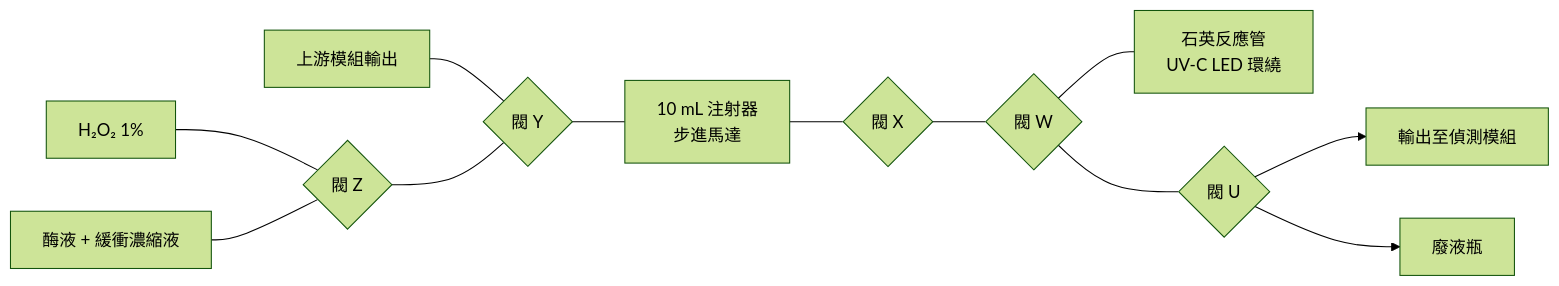
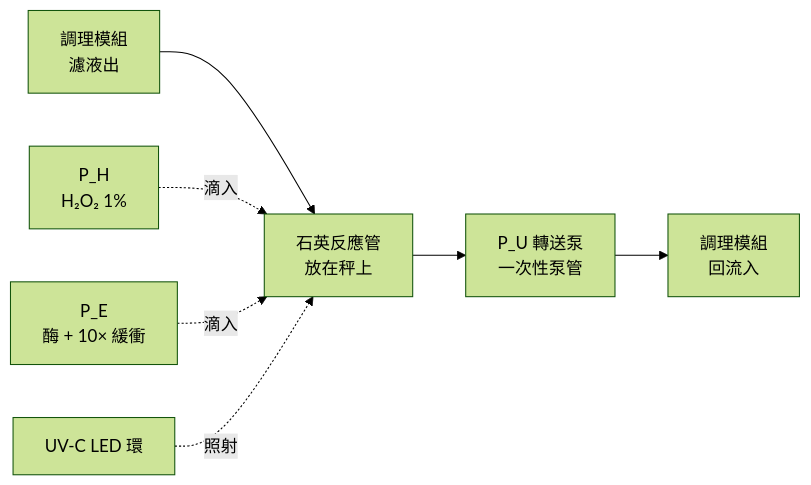
One commit to davidlueng986-alt/igem-mercury-extraction-platform changed the second of 3 diagrams in docs/02-uv-aop-module.md. Above: the diagram before and after it, drawn with Mermaid (forest theme). The commit also changed other lines of this file and 1 other file, not shown here.

````diff
--- a/docs/02-uv-aop-module.md
+++ b/docs/02-uv-aop-module.md
@@ -103,14 +99,9 @@
 ```mermaid
 flowchart LR
-  IN[上游模組輸出] --- VY{閥 Y}
-  H[H₂O₂ 1%] --- VZ{閥 Z}
-  E[酶液 + 緩衝濃縮液] --- VZ
-  VZ --- VY
-  VY --- SYR[10 mL 注射器<br/>步進馬達]
-  SYR --- VX{閥 X}
-  VX --- VW{閥 W}
-  VW --- Q[石英反應管<br/>UV-C LED 環繞]
-  VW --- VU{閥 U}
-  VU --> OUT[輸出至偵測模組]
-  VU --> WB[廢液瓶]
+  IN[調理模組<br/>濾液出] --> Q[石英反應管<br/>放在秤上]
+  PH[P_H<br/>H₂O₂ 1%] -.滴入.-> Q
+  PE[P_E<br/>酶 + 10× 緩衝] -.滴入.-> Q
+  LED[UV-C LED 環] -.照射.-> Q
+  Q --> PU[P_U 轉送泵<br/>一次性泵管]
+  PU --> OUT[調理模組<br/>回流入]
 ```
````
